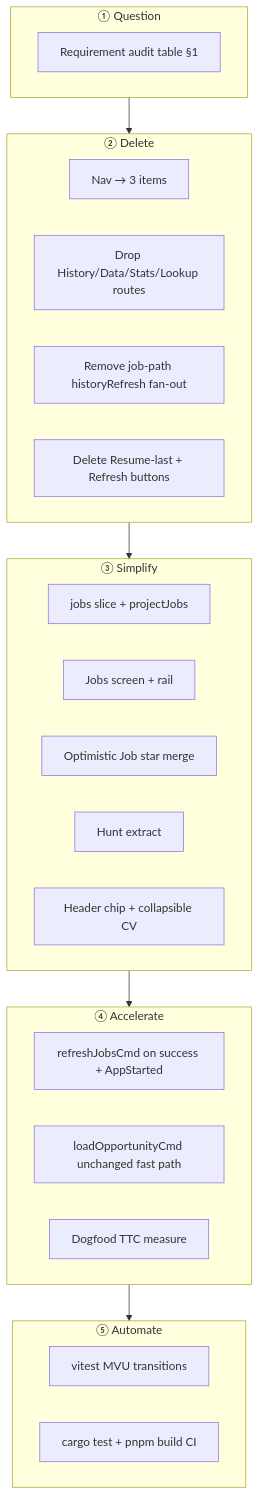
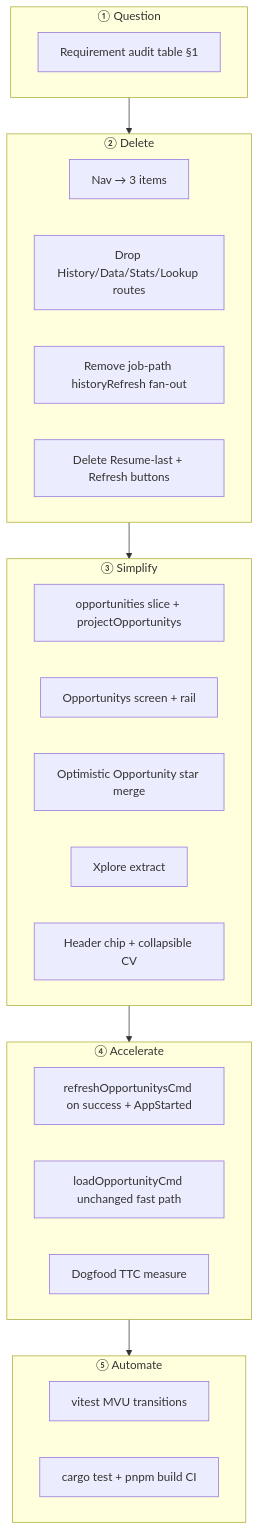
Diagram 12 of 13 in reports/single-pr-intuitive-product.md (p10ns11y/collab-finder), drawn with Mermaid before and after one commit. The commit also changed other lines of this file and 31 other files, not shown here.

First line of the commit message:
chore: deepest clean of legacy terminology (Job/JobTarget -> Opportunity/Target, Hunt -> Xplore)

````diff
--- a/reports/single-pr-intuitive-product.md
+++ b/reports/single-pr-intuitive-product.md
@@ -459,29 +459,29 @@
 ```mermaid
 flowchart TD
   subgraph step1["① Question"]
     Q1[Requirement audit table §1]
   end
   subgraph step2["② Delete"]
     D1[Nav → 3 items]
     D2[Drop History/Data/Stats/Lookup routes]
     D3[Remove job-path historyRefresh fan-out]
     D4[Delete Resume-last + Refresh buttons]
   end
   subgraph step3["③ Simplify"]
-    S1[jobs slice + projectJobs]
-    S2[Jobs screen + rail]
-    S3[Optimistic Job star merge]
-    S4[Hunt extract]
+    S1[opportunities slice + projectOpportunitys]
+    S2[Opportunitys screen + rail]
+    S3[Optimistic Opportunity star merge]
+    S4[Xplore extract]
     S5[Header chip + collapsible CV]
   end
   subgraph step4["④ Accelerate"]
-    A1[refreshJobsCmd on success + AppStarted]
+    A1[refreshOpportunitysCmd on success + AppStarted]
     A2[loadOpportunityCmd unchanged fast path]
     A3[Dogfood TTC measure]
   end
   subgraph step5["⑤ Automate"]
     Z1[vitest MVU transitions]
     Z2[cargo test + pnpm build CI]
   end
   step1 --> step2 --> step3 --> step4 --> step5
 ```
````
